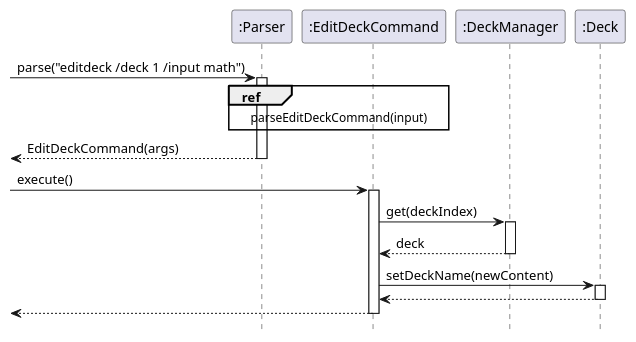
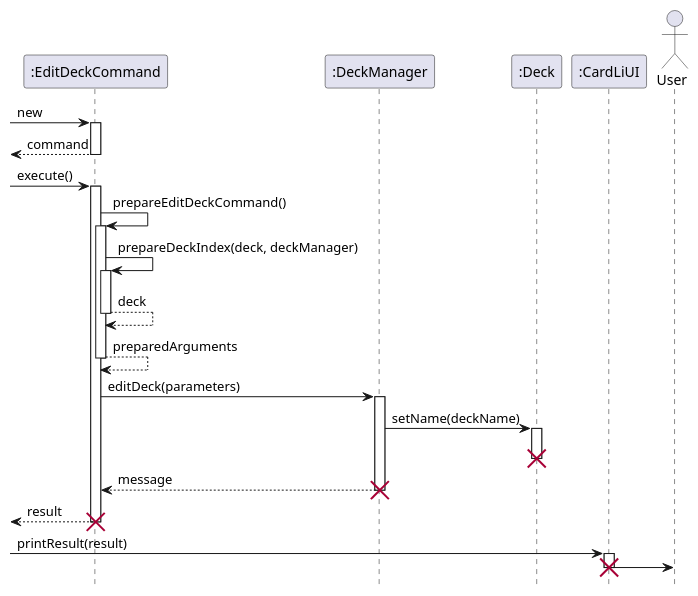
One commit to xkisxk/tp changed the diagram in docs/uml/EditDeckCommandSeqDiagram.puml. Above: the diagram before and after it, drawn with PlantUML. The commit also changed 7 other files, not shown here.

```diff
--- a/docs/uml/EditDeckCommandSeqDiagram.puml
+++ b/docs/uml/EditDeckCommandSeqDiagram.puml
@@ -1,37 +1,57 @@
 @startuml
 
 hide footbox
 
-participant ":Parser" as Parser
 participant ":EditDeckCommand" as EditDeckCommand
 participant ":DeckManager" as DeckManager
 participant ":Deck" as Deck
+participant ":CardLiUI" as CardLiUI
+actor "User" as User
 
-
-[-> Parser : parse("editdeck /deck 1 /input math")
-activate Parser
-
-ref over Parser, EditDeckCommand : parseEditDeckCommand(input)
-
-[<-- Parser : EditDeckCommand(args)
-deactivate Parser
+[-> EditDeckCommand : new
+activate EditDeckCommand
+[<-- EditDeckCommand : command
+deactivate EditDeckCommand
 
 [->EditDeckCommand : execute()
 activate EditDeckCommand
 
-EditDeckCommand -> DeckManager : get(deckIndex)
+EditDeckCommand -> EditDeckCommand : prepareEditDeckCommand()
+activate EditDeckCommand
+
+EditDeckCommand -> EditDeckCommand: prepareDeckIndex(deck, deckManager)
+activate EditDeckCommand
+
+EditDeckCommand --> EditDeckCommand: deck
+deactivate EditDeckCommand
+
+EditDeckCommand --> EditDeckCommand: preparedArguments
+deactivate EditDeckCommand
+
+EditDeckCommand -> DeckManager: editDeck(parameters)
 activate DeckManager
 
-DeckManager --> EditDeckCommand : deck
+DeckManager -> Deck: setName(deckName)
+activate Deck
+deactivate Deck
+
+destroy Deck
+
+DeckManager --> EditDeckCommand: message
 deactivate DeckManager
 
-EditDeckCommand -> Deck : setDeckName(newContent)
-activate Deck
+destroy DeckManager
 
-Deck --> EditDeckCommand
-deactivate Deck
+[<-- EditDeckCommand: result
+deactivate EditDeckCommand
+destroy EditDeckCommand
 
-[<-- EditDeckCommand
-deactivate EditDeckCommand
+[-> CardLiUI: printResult(result)
+activate CardLiUI
+
+CardLiUI -> User
+
+deactivate CardLiUI
+destroy CardLiUI
 
 @enduml
```
